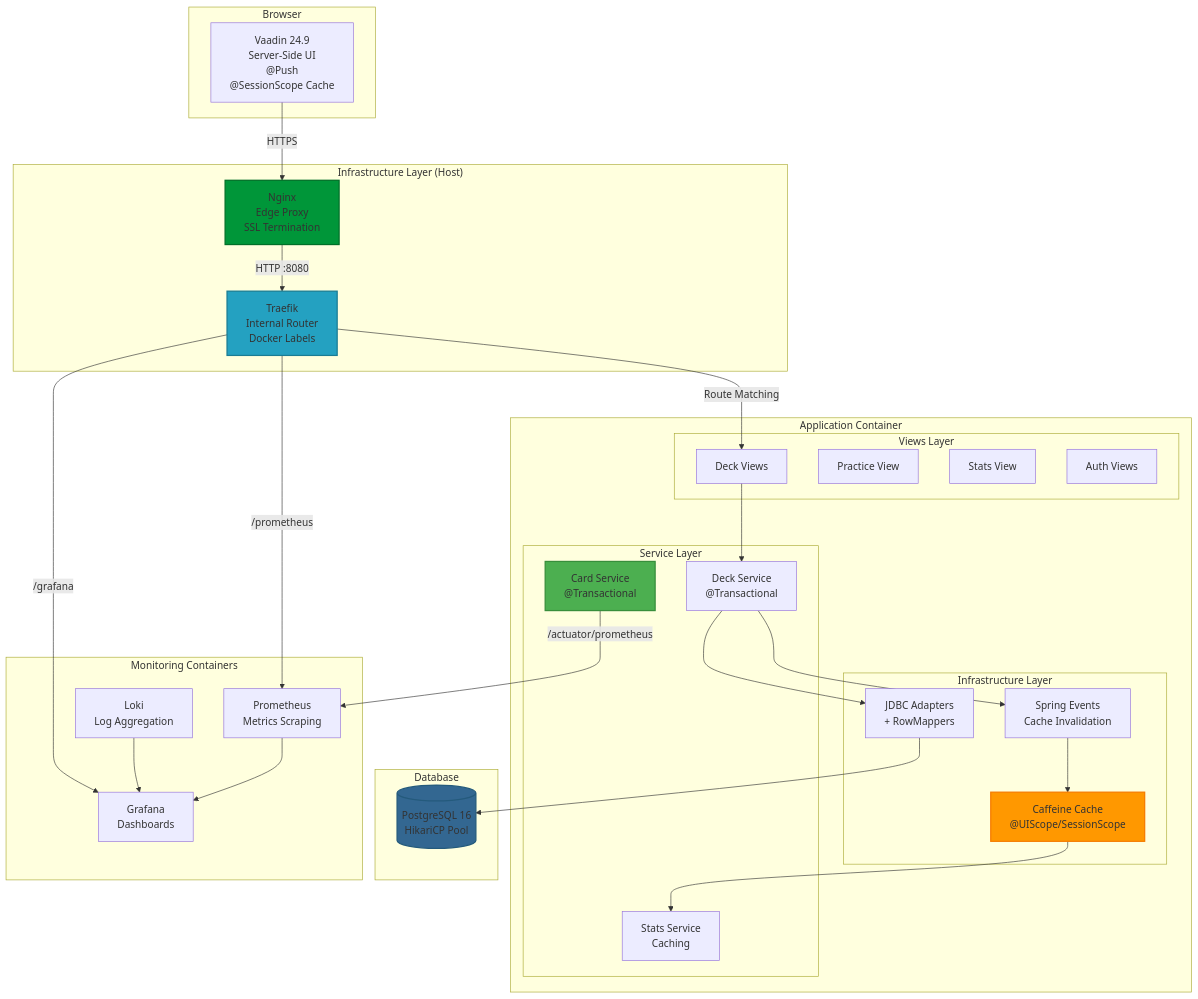
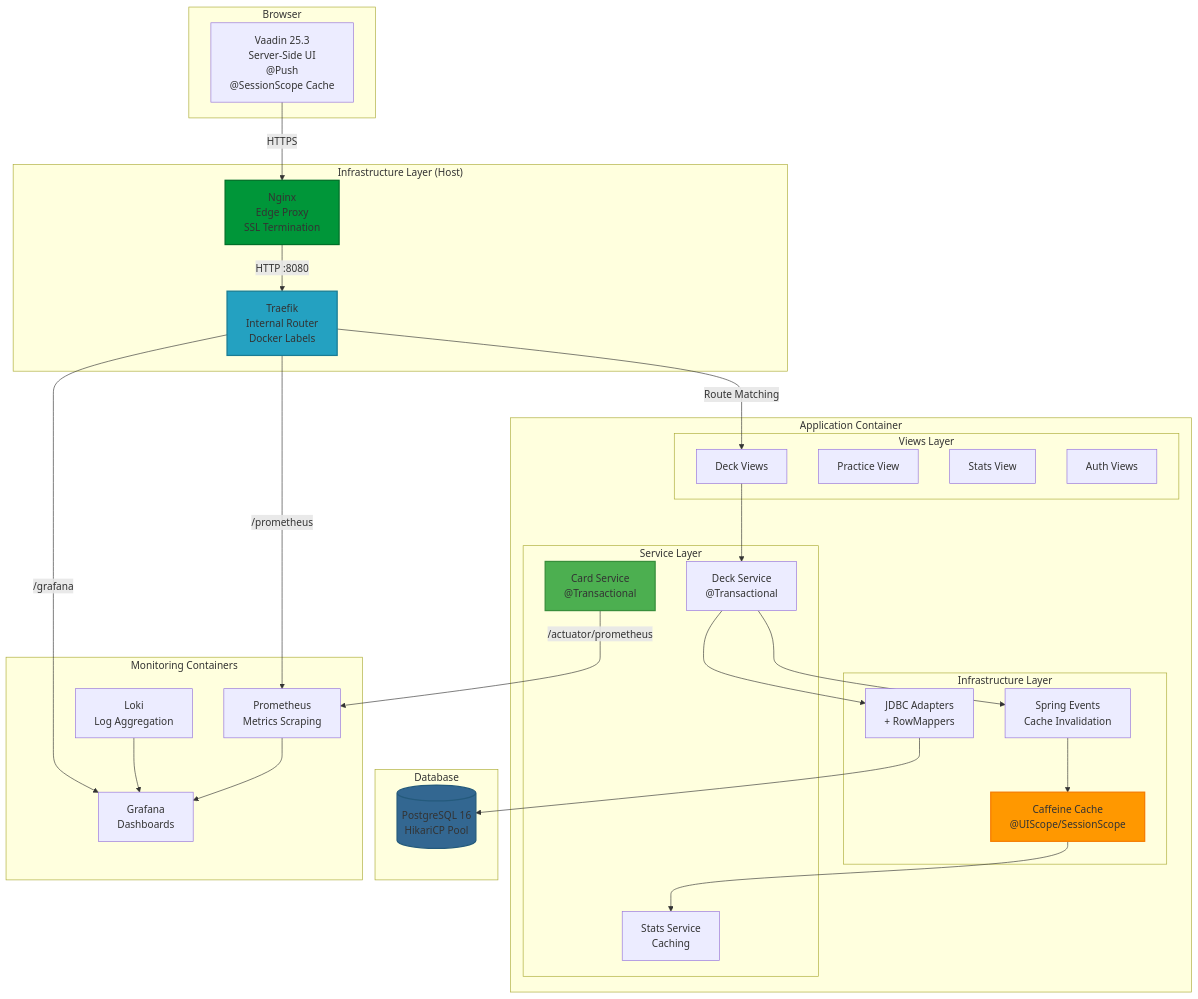
One commit to apolenkov/memocards changed the second of 7 diagrams in docs/architecture/architecture.md. Above: the diagram before and after it, drawn with Mermaid. The commit also changed other lines of this file and 110 other files, not shown here.

````diff
--- a/docs/architecture/architecture.md
+++ b/docs/architecture/architecture.md
@@ -47,66 +47,66 @@
 ```mermaid
 graph TB
     subgraph "Browser"
-        UI[Vaadin 24.9<br/>Server-Side UI<br/>@Push<br/>@SessionScope Cache]
+        UI[Vaadin 25.3<br/>Server-Side UI<br/>@Push<br/>@SessionScope Cache]
     end
     
     subgraph "Infrastructure Layer (Host)"
         Nginx[Nginx<br/>Edge Proxy<br/>SSL Termination]
         Traefik[Traefik<br/>Internal Router<br/>Docker Labels]
     end
     
     subgraph "Application Container"
         subgraph "Views Layer"
             DeckView[Deck Views]
             PracticeView[Practice View]
             StatsView[Stats View]
             AuthView[Auth Views]
         end
         
         subgraph "Service Layer"
             CardService[Card Service<br/>@Transactional]
             DeckService[Deck Service<br/>@Transactional]
             StatsService[Stats Service<br/>Caching]
         end
         
         subgraph "Infrastructure Layer"
             JDBC[JDBC Adapters<br/>+ RowMappers]
             Cache[Caffeine Cache<br/>@UIScope/SessionScope]
             Events[Spring Events<br/>Cache Invalidation]
         end
     end
     
     subgraph "Database"
         PG[(PostgreSQL 16<br/>HikariCP Pool)]
     end
     
     subgraph "Monitoring Containers"
         Prometheus[Prometheus<br/>Metrics Scraping]
         Grafana[Grafana<br/>Dashboards]
         Loki[Loki<br/>Log Aggregation]
     end
     
     UI -->|HTTPS| Nginx
     Nginx -->|HTTP :8080| Traefik
     Traefik -->|Route Matching| DeckView
     
     DeckView --> DeckService
     DeckService --> JDBC
     JDBC --> PG
     
     DeckService --> Events
     Events --> Cache
     Cache --> StatsService
     
     CardService -->|/actuator/prometheus| Prometheus
     Prometheus --> Grafana
     Loki --> Grafana
     Traefik -->|/grafana| Grafana
     Traefik -->|/prometheus| Prometheus
     
     style Nginx fill:#009639,stroke:#007028,stroke-width:2px
     style Traefik fill:#24a1c1,stroke:#1a7c94,stroke-width:2px
     style CardService fill:#4caf50,stroke:#388e3c,stroke-width:2px
     style Cache fill:#ff9800,stroke:#f57c00,stroke-width:2px
     style PG fill:#336791,stroke:#245a7c,stroke-width:2px
 ```
````
